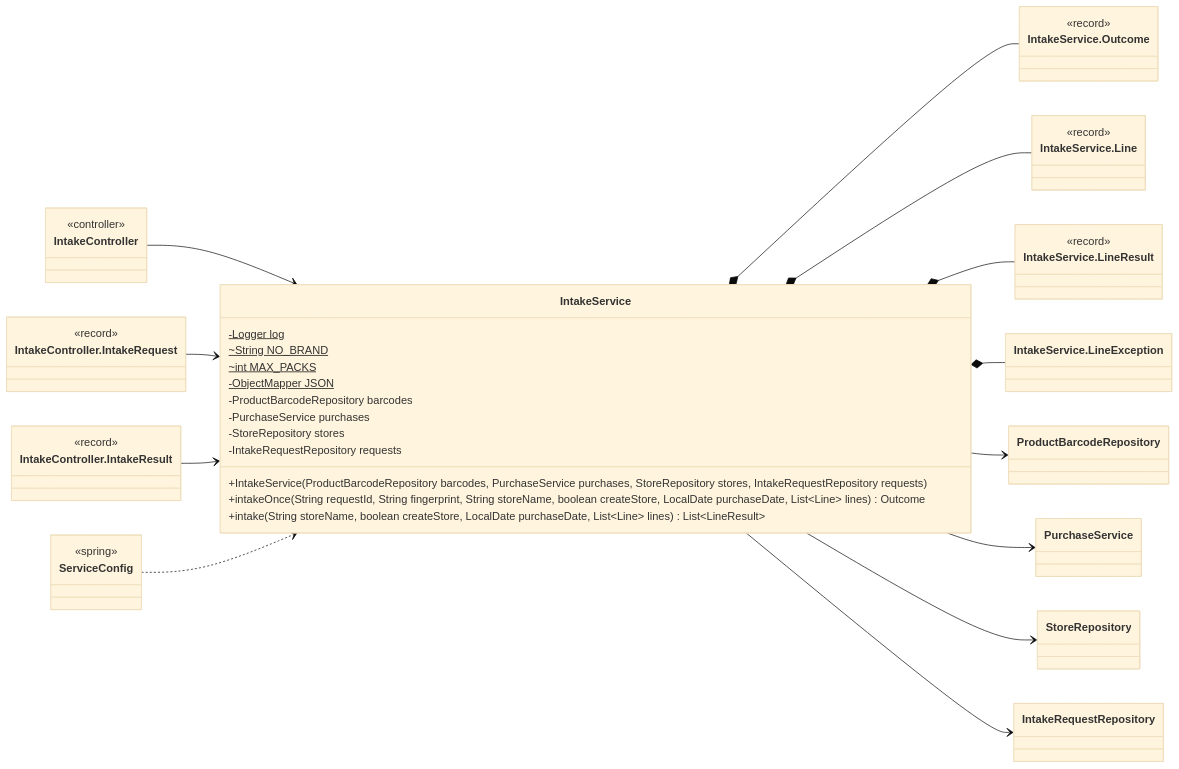
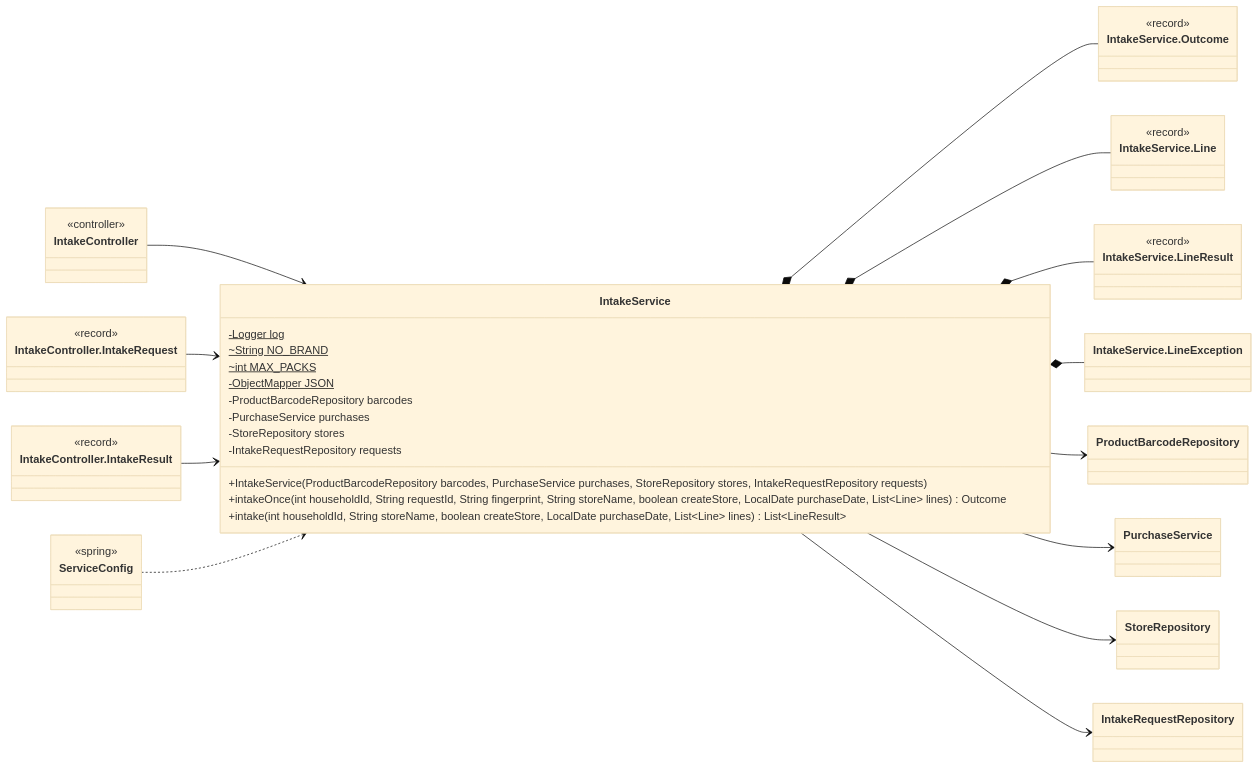
Before and after one commit to Nate-ryan-7690/dahaem: diagram 11 of 22 in docs/classes/barcode.md, drawn with Mermaid (base theme). The commit also changed other lines of this file and 5 other files, not shown here.

````diff
--- a/docs/classes/barcode.md
+++ b/docs/classes/barcode.md
@@ -440,55 +440,55 @@
 ```mermaid
 classDiagram
     direction LR
     class barcode_IntakeService["IntakeService"] {
         -Logger log$
         ~String NO_BRAND$
         ~int MAX_PACKS$
         -ObjectMapper JSON$
         -ProductBarcodeRepository barcodes
         -PurchaseService purchases
         -StoreRepository stores
         -IntakeRequestRepository requests
         +IntakeService(ProductBarcodeRepository barcodes, PurchaseService purchases, StoreRepository stores, IntakeRequestRepository requests)
-        +intakeOnce(String requestId, String fingerprint, String storeName, boolean createStore, LocalDate purchaseDate, List~Line~ lines) Outcome
-        +intake(String storeName, boolean createStore, LocalDate purchaseDate, List~Line~ lines) List~LineResult~
+        +intakeOnce(int householdId, String requestId, String fingerprint, String storeName, boolean createStore, LocalDate purchaseDate, List~Line~ lines) Outcome
+        +intake(int householdId, String storeName, boolean createStore, LocalDate purchaseDate, List~Line~ lines) List~LineResult~
     }
     class barcode_IntakeService_Outcome["IntakeService.Outcome"] {
         <<record>>
     }
     class barcode_IntakeService_Line["IntakeService.Line"] {
         <<record>>
     }
     class barcode_IntakeService_LineResult["IntakeService.LineResult"] {
         <<record>>
     }
     class barcode_IntakeService_LineException["IntakeService.LineException"]
     class barcode_ProductBarcodeRepository["ProductBarcodeRepository"]
     class finance_PurchaseService["PurchaseService"]
     class stores_StoreRepository["StoreRepository"]
     class barcode_IntakeRequestRepository["IntakeRequestRepository"]
     class api_IntakeController["IntakeController"] {
         <<controller>>
     }
     class api_IntakeController_IntakeRequest["IntakeController.IntakeRequest"] {
         <<record>>
     }
     class api_IntakeController_IntakeResult["IntakeController.IntakeResult"] {
         <<record>>
     }
     class api_ServiceConfig["ServiceConfig"] {
         <<spring>>
     }
     barcode_IntakeService *-- barcode_IntakeService_Outcome
     barcode_IntakeService *-- barcode_IntakeService_Line
     barcode_IntakeService *-- barcode_IntakeService_LineResult
     barcode_IntakeService *-- barcode_IntakeService_LineException
     barcode_IntakeService --> barcode_ProductBarcodeRepository
     barcode_IntakeService --> finance_PurchaseService
     barcode_IntakeService --> stores_StoreRepository
     barcode_IntakeService --> barcode_IntakeRequestRepository
     api_IntakeController --> barcode_IntakeService
     api_IntakeController_IntakeRequest --> barcode_IntakeService
     api_IntakeController_IntakeResult --> barcode_IntakeService
     api_ServiceConfig ..> barcode_IntakeService
 ```
````
